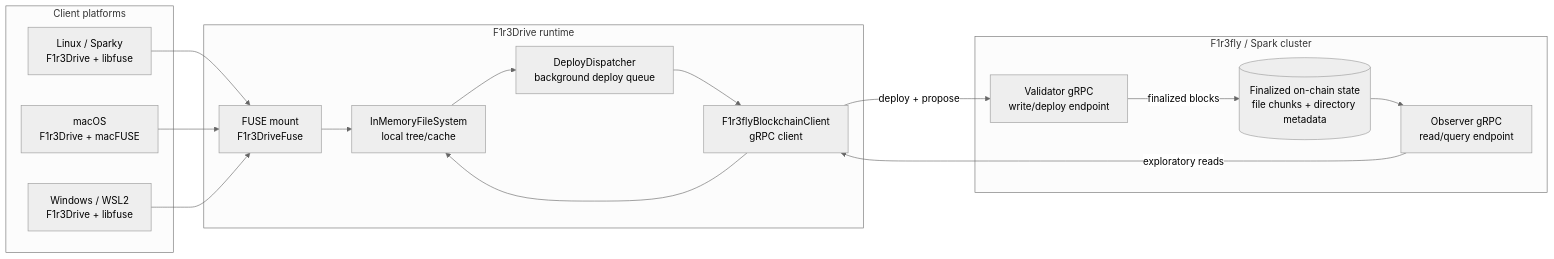
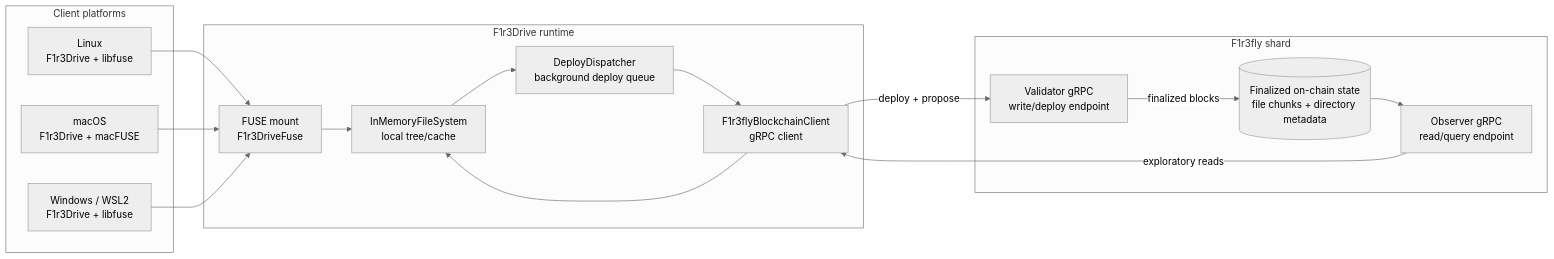
The diagram in docs/multi-os-demo-architecture.md (F1R3FLY-io/F1R3FLYFS), drawn with Mermaid (neutral theme) before and after one commit. The commit also changed other lines of this file, not shown here.

First line of the commit message:
docs: align multi-OS architecture doc with repo terminology and CLI config

````diff
--- a/docs/multi-os-demo-architecture.md
+++ b/docs/multi-os-demo-architecture.md
@@ -32,34 +32,34 @@
 ```mermaid
 flowchart LR
     subgraph Clients["Client platforms"]
-        Linux["Linux / Sparky\nF1r3Drive + libfuse"]
-        Mac["macOS\nF1r3Drive + macFUSE"]
-        WSL["Windows / WSL2\nF1r3Drive + libfuse"]
+        Linux["Linux<br/>F1r3Drive + libfuse"]
+        Mac["macOS<br/>F1r3Drive + macFUSE"]
+        WSL["Windows / WSL2<br/>F1r3Drive + libfuse"]
     end
 
     subgraph ClientRuntime["F1r3Drive runtime"]
-        Fuse["FUSE mount\nF1r3DriveFuse"]
-        FS["InMemoryFileSystem\nlocal tree/cache"]
-        Deploy["DeployDispatcher\nbackground deploy queue"]
-        Client["F1r3flyBlockchainClient\ngRPC client"]
+        Fuse["FUSE mount<br/>F1r3DriveFuse"]
+        FS["InMemoryFileSystem<br/>local tree/cache"]
+        Deploy["DeployDispatcher<br/>background deploy queue"]
+        Client["F1r3flyBlockchainClient<br/>gRPC client"]
     end
 
-    subgraph Cluster["F1r3fly / Spark cluster"]
-        Validator["Validator gRPC\nwrite/deploy endpoint"]
-        Observer["Observer gRPC\nread/query endpoint"]
-        Chain[("Finalized on-chain state\nfile chunks + directory metadata")]
+    subgraph Shard["F1r3fly shard"]
+        Validator["Validator gRPC<br/>write/deploy endpoint"]
+        Observer["Observer gRPC<br/>read/query endpoint"]
+        Chain[("Finalized on-chain state<br/>file chunks + directory metadata")]
     end
 
     Linux --> Fuse
     Mac --> Fuse
     WSL --> Fuse
 
     Fuse --> FS
     FS --> Deploy
     Deploy --> Client
     Client -->|deploy + propose| Validator
     Validator -->|finalized blocks| Chain
     Chain --> Observer
     Observer -->|exploratory reads| Client
     Client --> FS
 ```
````
